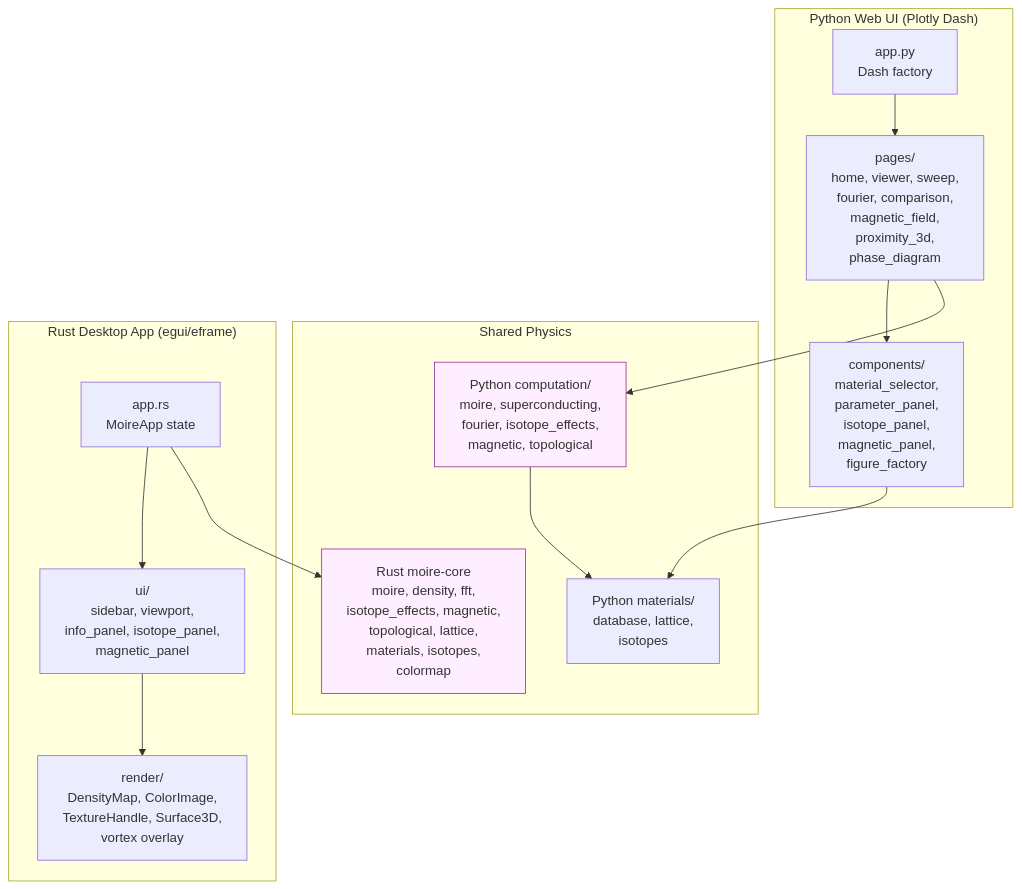
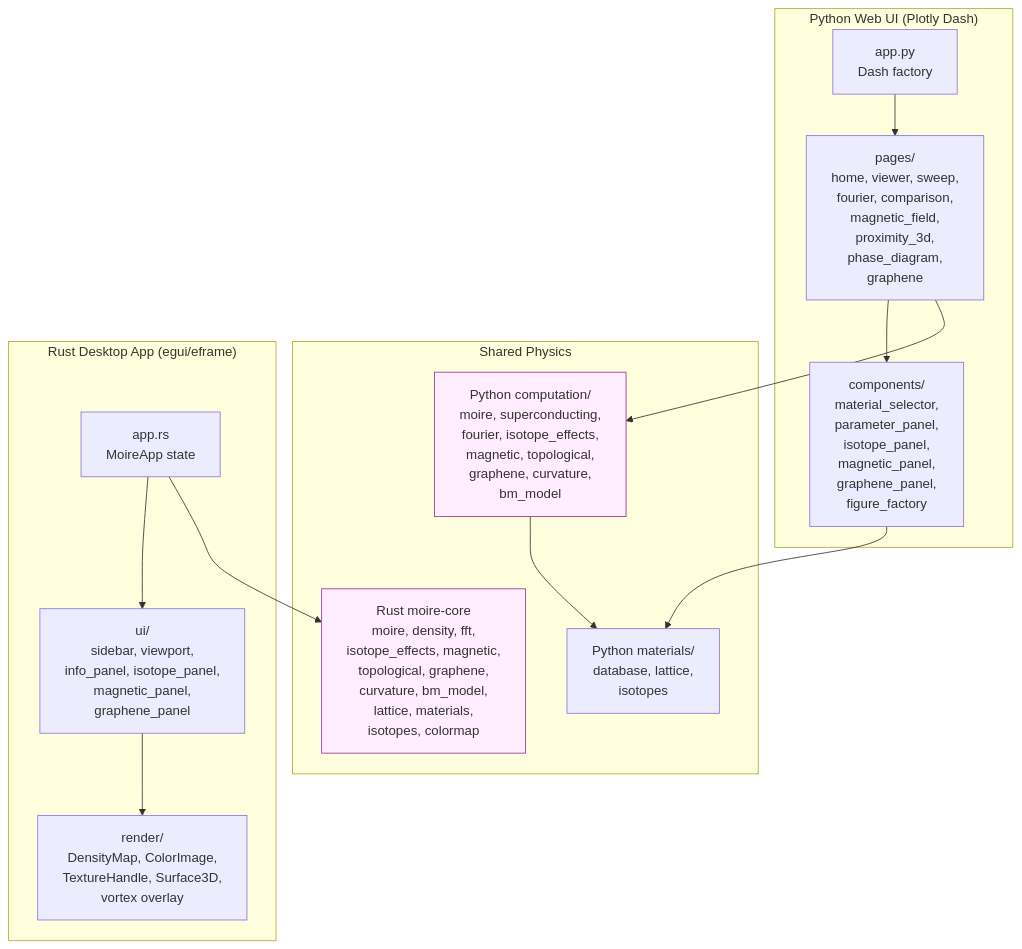
Before and after one commit to sonoransun/waytogocoop: diagram 15 of 15 in README.md, drawn with Mermaid. The commit also changed other lines of this file and 55 other files, not shown here.

Commit message:
Improve docs for graphene and isotopes

````diff
--- a/README.md
+++ b/README.md
@@ -889,34 +1091,34 @@
 ```mermaid
 graph TB
     subgraph "Python Web UI (Plotly Dash)"
         APP[app.py<br/>Dash factory]
-        PAGES[pages/<br/>home, viewer, sweep,<br/>fourier, comparison,<br/>magnetic_field,<br/>proximity_3d,<br/>phase_diagram]
-        COMP[components/<br/>material_selector,<br/>parameter_panel,<br/>isotope_panel,<br/>magnetic_panel,<br/>figure_factory]
+        PAGES[pages/<br/>home, viewer, sweep,<br/>fourier, comparison,<br/>magnetic_field,<br/>proximity_3d,<br/>phase_diagram,<br/>graphene]
+        COMP[components/<br/>material_selector,<br/>parameter_panel,<br/>isotope_panel,<br/>magnetic_panel,<br/>graphene_panel,<br/>figure_factory]
 
         APP --> PAGES
         PAGES --> COMP
     end
 
     subgraph "Shared Physics"
-        PYCOMP[Python computation/<br/>moire, superconducting,<br/>fourier, isotope_effects,<br/>magnetic, topological]
+        PYCOMP[Python computation/<br/>moire, superconducting,<br/>fourier, isotope_effects,<br/>magnetic, topological,<br/>graphene, curvature,<br/>bm_model]
         PYMAT[Python materials/<br/>database, lattice,<br/>isotopes]
-        RSCORE[Rust moire-core<br/>moire, density, fft,<br/>isotope_effects, magnetic,<br/>topological, lattice,<br/>materials, isotopes,<br/>colormap]
+        RSCORE[Rust moire-core<br/>moire, density, fft,<br/>isotope_effects, magnetic,<br/>topological, graphene,<br/>curvature, bm_model,<br/>lattice, materials,<br/>isotopes, colormap]
     end
 
     subgraph "Rust Desktop App (egui/eframe)"
         RSAPP[app.rs<br/>MoireApp state]
-        RSUI[ui/<br/>sidebar, viewport,<br/>info_panel, isotope_panel,<br/>magnetic_panel]
+        RSUI[ui/<br/>sidebar, viewport,<br/>info_panel, isotope_panel,<br/>magnetic_panel,<br/>graphene_panel]
         RSRENDER[render/<br/>DensityMap, ColorImage,<br/>TextureHandle, Surface3D,<br/>vortex overlay]
 
         RSAPP --> RSUI
         RSUI --> RSRENDER
     end
 
     PAGES --> PYCOMP
     COMP --> PYMAT
     PYCOMP --> PYMAT
     RSAPP --> RSCORE
 
     style PYCOMP fill:#fef,stroke:#939
     style RSCORE fill:#fef,stroke:#939
 ```
````
